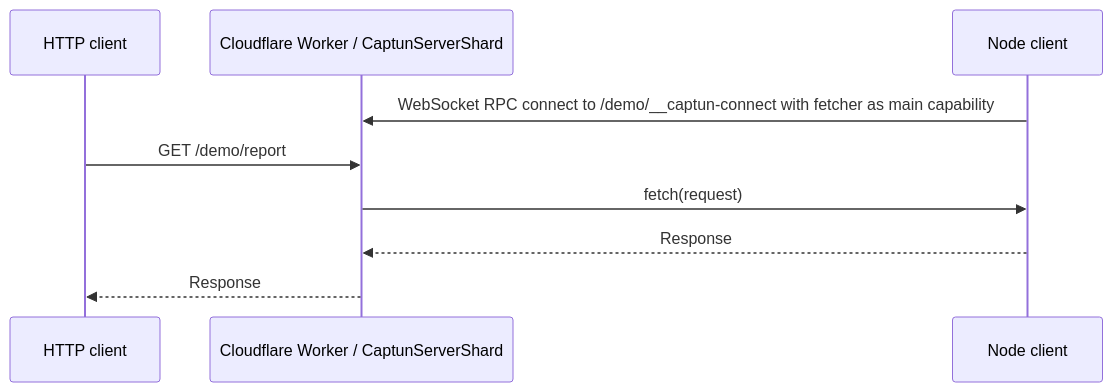
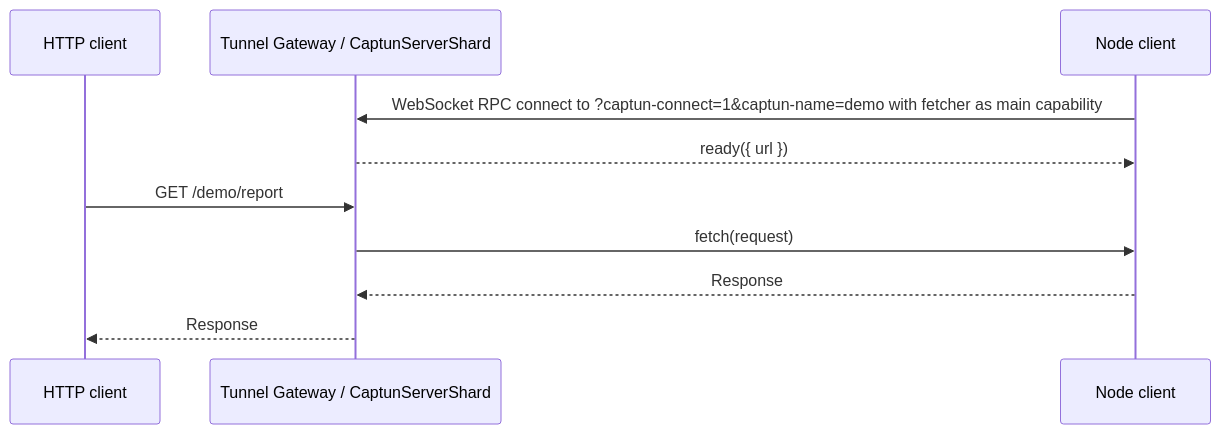
Before and after one commit to iterate/capnweb-tunnel: the diagram in README.md, drawn with Mermaid. The commit also changed other lines of this file and 31 other files, not shown here.

````diff
--- a/README.md
+++ b/README.md
@@ -235,12 +235,13 @@
 ```mermaid
 sequenceDiagram
   participant HTTP as HTTP client
-  participant Server as Cloudflare Worker / CaptunServerShard
+  participant Gateway as Tunnel Gateway / CaptunServerShard
   participant Client as Node client
 
-  Client->>Server: WebSocket RPC connect to /demo/__captun-connect with fetcher as main capability
-  HTTP->>Server: GET /demo/report
-  Server->>Client: fetch(request)
-  Client-->>Server: Response
-  Server-->>HTTP: Response
+  Client->>Gateway: WebSocket RPC connect to ?captun-connect=1&captun-name=demo with fetcher as main capability
+  Gateway-->>Client: ready({ url })
+  HTTP->>Gateway: GET /demo/report
+  Gateway->>Client: fetch(request)
+  Client-->>Gateway: Response
+  Gateway-->>HTTP: Response
 ```
````
